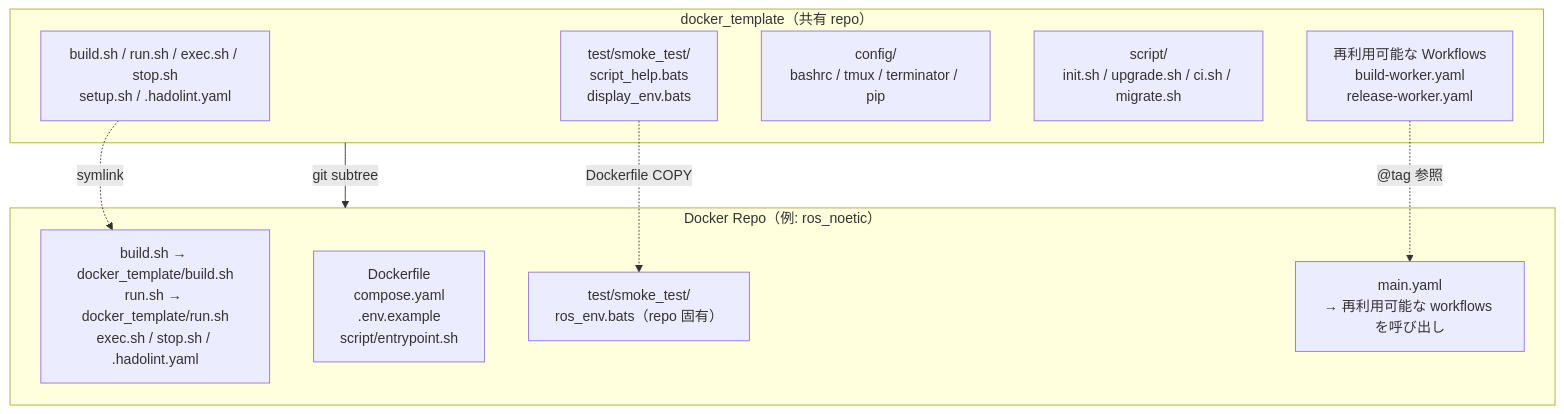
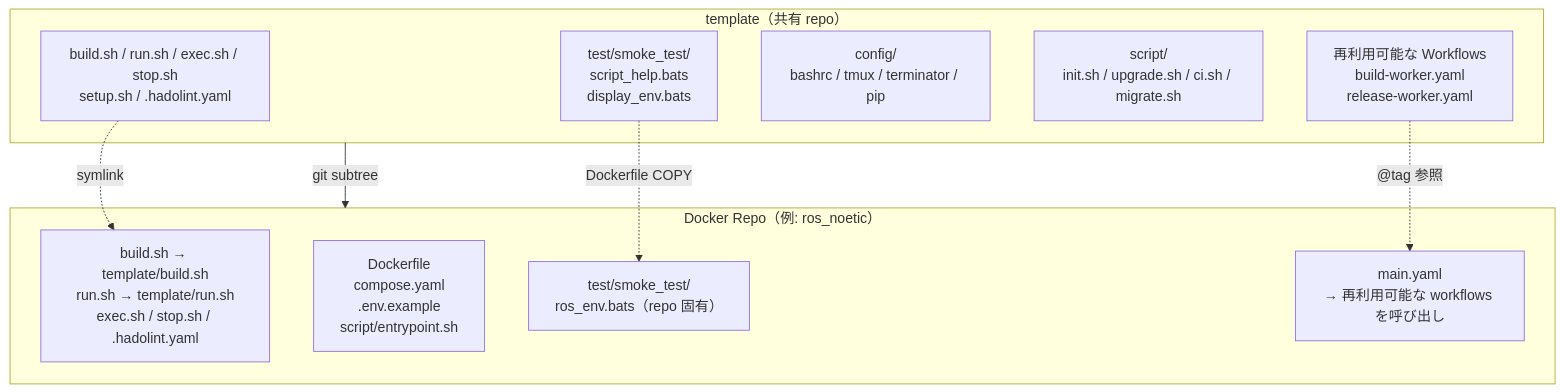
Before and after one commit to ycpss91255-docker/base: the first of 2 diagrams in doc/readme/README.ja.md, drawn with Mermaid. The commit also changed other lines of this file and 24 other files, not shown here.

First line of the commit message:
feat!: rename docker_template → template

````diff
--- a/doc/readme/README.ja.md
+++ b/doc/readme/README.ja.md
@@ -53,22 +53,22 @@
 ```mermaid
 graph TB
-    subgraph docker_template["docker_template（共有 repo）"]
+    subgraph template["template（共有 repo）"]
         scripts["build.sh / run.sh / exec.sh / stop.sh<br/>setup.sh / .hadolint.yaml"]
         smoke["test/smoke_test/<br/>script_help.bats<br/>display_env.bats"]
         config["config/<br/>bashrc / tmux / terminator / pip"]
         mgmt["script/<br/>init.sh / upgrade.sh / ci.sh / migrate.sh"]
         workflows["再利用可能な Workflows<br/>build-worker.yaml<br/>release-worker.yaml"]
     end
 
     subgraph consumer["Docker Repo（例: ros_noetic）"]
-        symlinks["build.sh → docker_template/build.sh<br/>run.sh → docker_template/run.sh<br/>exec.sh / stop.sh / .hadolint.yaml"]
+        symlinks["build.sh → template/build.sh<br/>run.sh → template/run.sh<br/>exec.sh / stop.sh / .hadolint.yaml"]
         dockerfile["Dockerfile<br/>compose.yaml<br/>.env.example<br/>script/entrypoint.sh"]
         repo_test["test/smoke_test/<br/>ros_env.bats（repo 固有）"]
         main_yaml["main.yaml<br/>→ 再利用可能な workflows を呼び出し"]
     end
 
-    docker_template -- "git subtree" --> consumer
+    template -- "git subtree" --> consumer
     scripts -. "symlink" .-> symlinks
     smoke -. "Dockerfile COPY" .-> repo_test
     workflows -. "@tag 参照" .-> main_yaml
 ```
````
